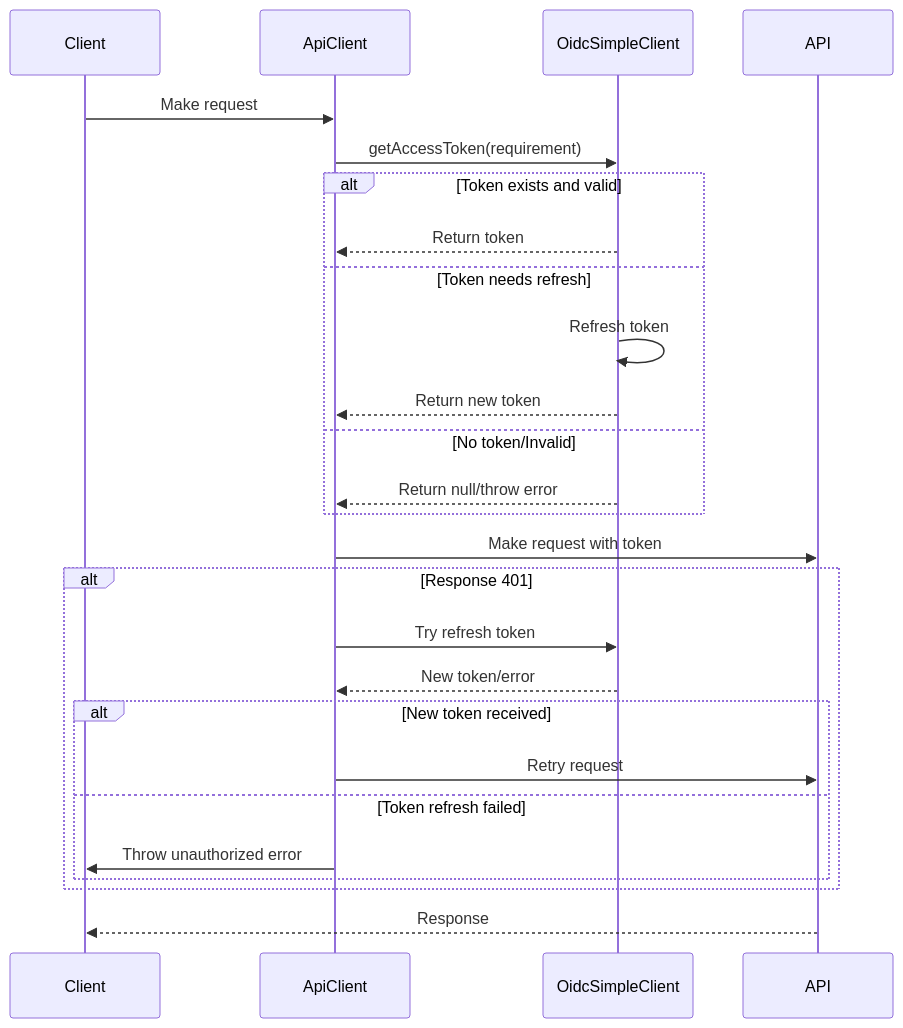
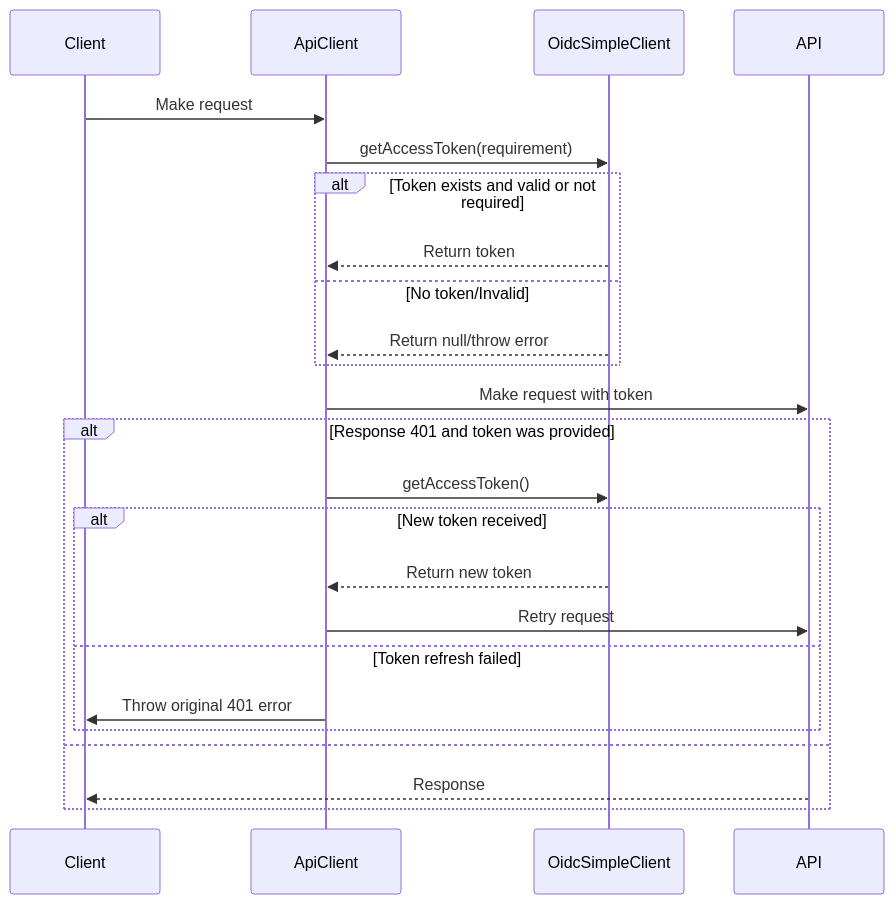
Before and after one commit to konturio/disaster-ninja-fe: the second of 2 diagrams in src/core/api_client/readme.md, drawn with Mermaid. The commit also changed other lines of this file and 16 other files, not shown here.

Commit message:
refactor(apiClient): remove default authRequirement from API calls, fix docs

````diff
--- a/src/core/api_client/readme.md
+++ b/src/core/api_client/readme.md
@@ -58,29 +69,28 @@
 ```mermaid
 sequenceDiagram
     participant Client
     participant ApiClient
     participant OidcSimpleClient
     participant API
 
     Client->>ApiClient: Make request
     ApiClient->>OidcSimpleClient: getAccessToken(requirement)
-    alt Token exists and valid
+    alt Token exists and valid or not required
         OidcSimpleClient-->>ApiClient: Return token
-    else Token needs refresh
-        OidcSimpleClient->>OidcSimpleClient: Refresh token
-        OidcSimpleClient-->>ApiClient: Return new token
     else No token/Invalid
         OidcSimpleClient-->>ApiClient: Return null/throw error
     end
     ApiClient->>API: Make request with token
-    alt Response 401
-        ApiClient->>OidcSimpleClient: Try refresh token
-        OidcSimpleClient-->>ApiClient: New token/error
+    alt Response 401 and token was provided
+        ApiClient->>OidcSimpleClient: getAccessToken()
         alt New token received
+            OidcSimpleClient-->>ApiClient: Return new token
             ApiClient->>API: Retry request
         else Token refresh failed
-            ApiClient->>Client: Throw unauthorized error
+            ApiClient->>Client: Throw original 401 error
         end
+    else
+      API-->>Client: Response
     end
-    API-->>Client: Response
+
 ```
````
